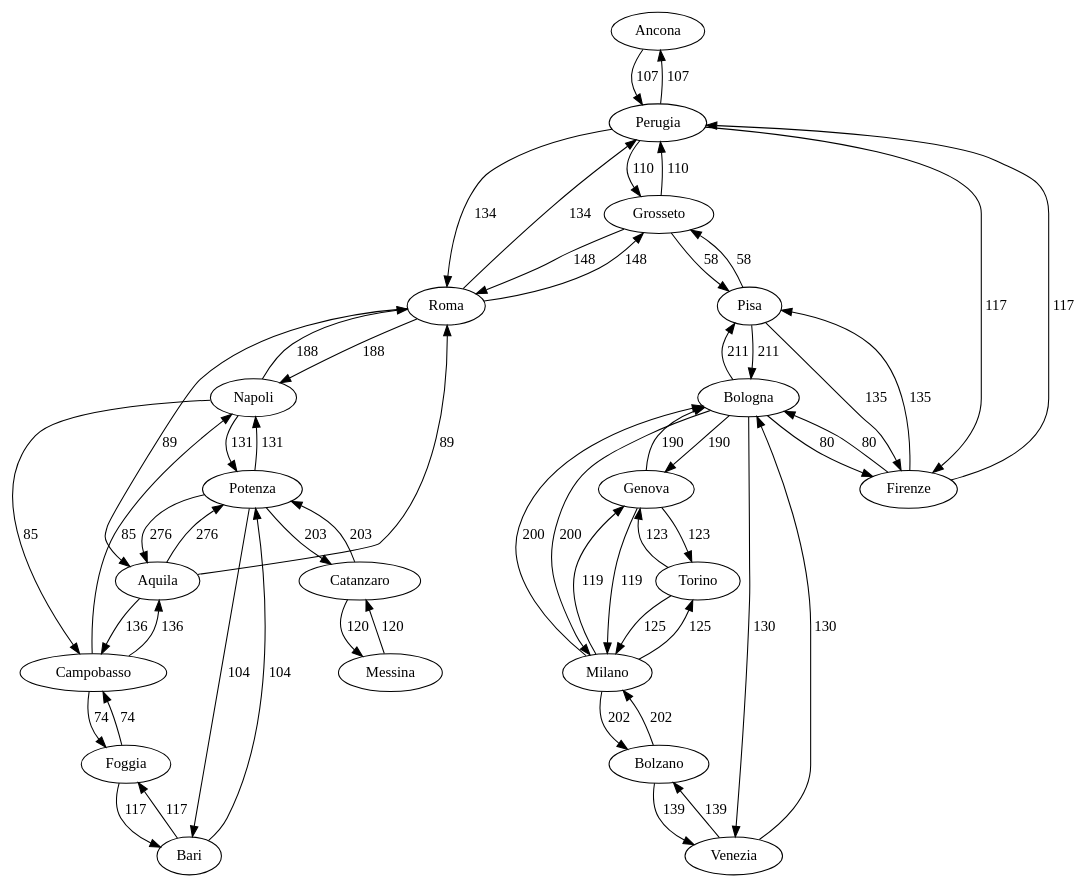
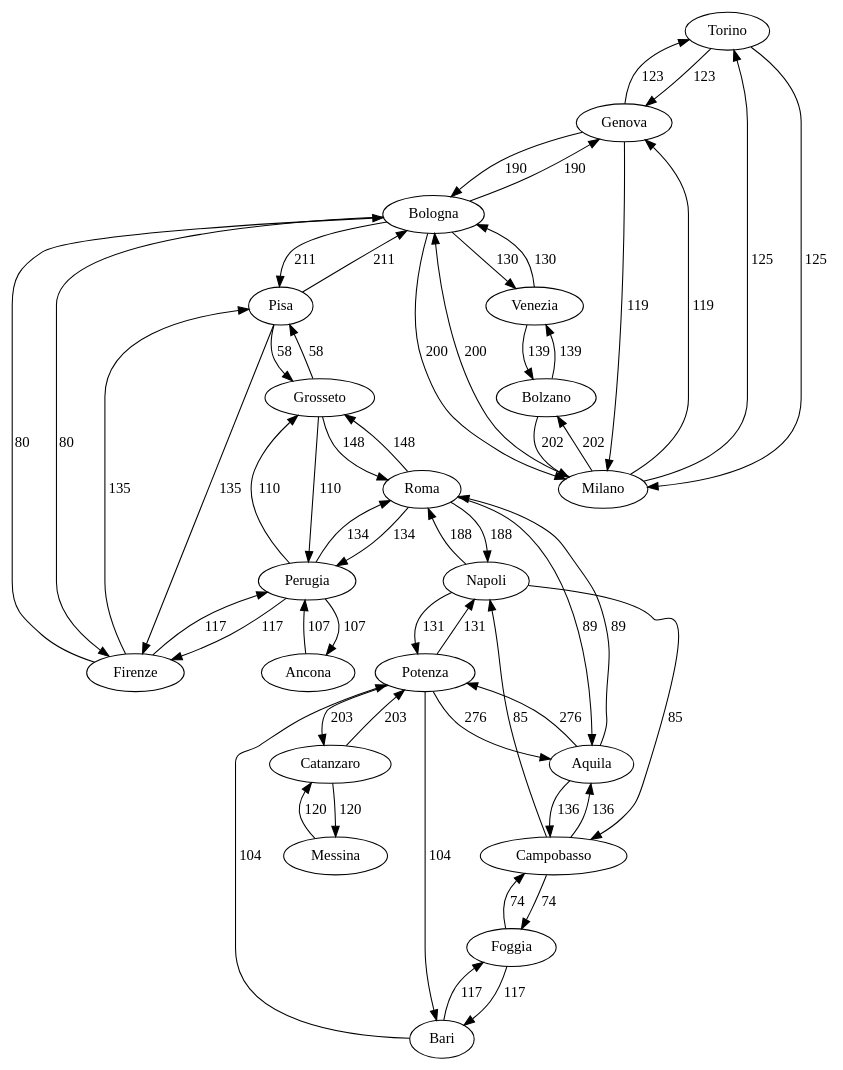
Before and after one commit to nicofiorini98/data_structure: the diagram in output_test/cityGraph.dot, drawn with Graphviz. The commit also changed other lines of this file and 7 other files, not shown here.

Commit message:
fixed output - input graph

```diff
--- a/output_test/cityGraph.dot
+++ b/output_test/cityGraph.dot
@@ -1,58 +1,58 @@
 digraph G {
+Torino -> Genova [label="123"]
+Genova -> Torino [label="123"]
+Torino -> Milano [label="125"]
+Milano -> Torino [label="125"]
+Milano -> Genova [label="119"]
+Genova -> Milano [label="119"]
+Genova -> Bologna [label="190"]
+Bologna -> Genova [label="190"]
+Bologna -> Pisa [label="211"]
+Pisa -> Bologna [label="211"]
+Pisa -> Firenze [label="135"]
+Firenze -> Pisa [label="135"]
+Firenze -> Bologna [label="80"]
+Bologna -> Firenze [label="80"]
+Milano -> Bolzano [label="202"]
+Bolzano -> Milano [label="202"]
+Milano -> Bologna [label="200"]
+Bologna -> Milano [label="200"]
+Bologna -> Venezia [label="130"]
+Venezia -> Bologna [label="130"]
+Venezia -> Bolzano [label="139"]
+Bolzano -> Venezia [label="139"]
+Firenze -> Perugia [label="117"]
+Perugia -> Firenze [label="117"]
+Perugia -> Ancona [label="107"]
 Ancona -> Perugia [label="107"]
+Perugia -> Roma [label="134"]
+Roma -> Perugia [label="134"]
+Perugia -> Grosseto [label="110"]
+Grosseto -> Perugia [label="110"]
+Roma -> Grosseto [label="148"]
+Grosseto -> Roma [label="148"]
+Grosseto -> Pisa [label="58"]
+Pisa -> Grosseto [label="58"]
+Roma -> Aquila [label="89"]
 Aquila -> Roma [label="89"]
 Aquila -> Campobasso [label="136"]
+Campobasso -> Aquila [label="136"]
 Aquila -> Potenza [label="276"]
+Potenza -> Aquila [label="276"]
+Campobasso -> Foggia [label="74"]
+Foggia -> Campobasso [label="74"]
+Foggia -> Bari [label="117"]
 Bari -> Foggia [label="117"]
 Bari -> Potenza [label="104"]
-Bologna -> Genova [label="190"]
-Bologna -> Pisa [label="211"]
-Bologna -> Firenze [label="80"]
-Bologna -> Milano [label="200"]
-Bologna -> Venezia [label="130"]
-Bolzano -> Milano [label="202"]
-Bolzano -> Venezia [label="139"]
-Campobasso -> Aquila [label="136"]
-Campobasso -> Foggia [label="74"]
-Campobasso -> Napoli [label="85"]
+Potenza -> Bari [label="104"]
+Potenza -> Catanzaro [label="203"]
 Catanzaro -> Potenza [label="203"]
 Catanzaro -> Messina [label="120"]
-Firenze -> Pisa [label="135"]
-Firenze -> Bologna [label="80"]
-Firenze -> Perugia [label="117"]
-Foggia -> Campobasso [label="74"]
-Foggia -> Bari [label="117"]
-Genova -> Torino [label="123"]
-Genova -> Milano [label="119"]
-Genova -> Bologna [label="190"]
-Grosseto -> Perugia [label="110"]
-Grosseto -> Roma [label="148"]
-Grosseto -> Pisa [label="58"]
 Messina -> Catanzaro [label="120"]
-Milano -> Torino [label="125"]
-Milano -> Genova [label="119"]
-Milano -> Bolzano [label="202"]
-Milano -> Bologna [label="200"]
 Napoli -> Campobasso [label="85"]
+Campobasso -> Napoli [label="85"]
+Potenza -> Napoli [label="131"]
 Napoli -> Potenza [label="131"]
+Roma -> Napoli [label="188"]
 Napoli -> Roma [label="188"]
-Perugia -> Firenze [label="117"]
-Perugia -> Ancona [label="107"]
-Perugia -> Roma [label="134"]
-Perugia -> Grosseto [label="110"]
-Pisa -> Bologna [label="211"]
-Pisa -> Firenze [label="135"]
-Pisa -> Grosseto [label="58"]
-Potenza -> Aquila [label="276"]
-Potenza -> Bari [label="104"]
-Potenza -> Catanzaro [label="203"]
-Potenza -> Napoli [label="131"]
-Roma -> Perugia [label="134"]
-Roma -> Grosseto [label="148"]
-Roma -> Aquila [label="89"]
-Roma -> Napoli [label="188"]
-Torino -> Genova [label="123"]
-Torino -> Milano [label="125"]
-Venezia -> Bologna [label="130"]
-Venezia -> Bolzano [label="139"]
 }
```
